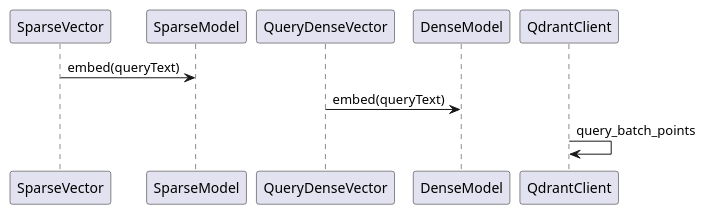
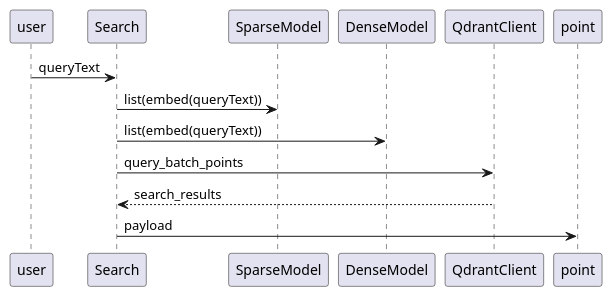
The diagram in week7/HybridSearch2.puml (simple-sifu/AI_Demo), drawn with PlantUML before and after one commit. The commit also changed 1 other file, not shown here.

Commit message:
enhance HybridSearch

```diff
--- a/week7/HybridSearch2.puml
+++ b/week7/HybridSearch2.puml
@@ -1,5 +1,9 @@
 @startuml 
-SparseVector -> SparseModel: embed(queryText) 
-QueryDenseVector -> DenseModel: embed(queryText)
-QdrantClient -> QdrantClient: query_batch_points
+user -> Search: queryText
+Search -> SparseModel: list(embed(queryText)) 
+Search -> DenseModel: list(embed(queryText))
+Search -> QdrantClient: query_batch_points
+Search <-- QdrantClient: search_results
+Search -> point: payload
+
 @enduml
```
